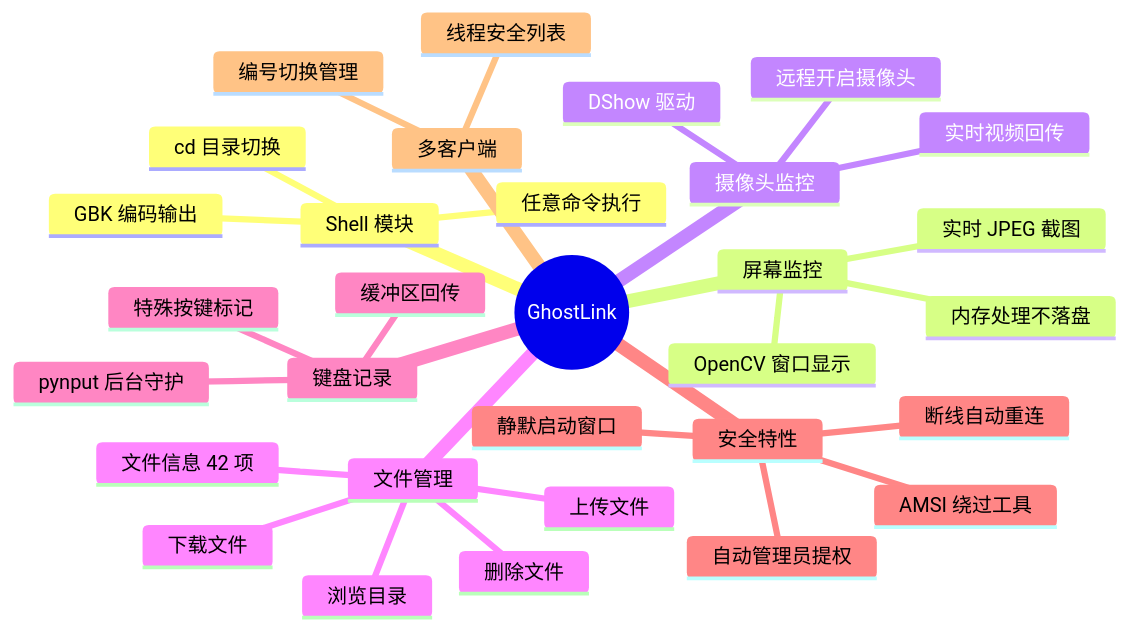
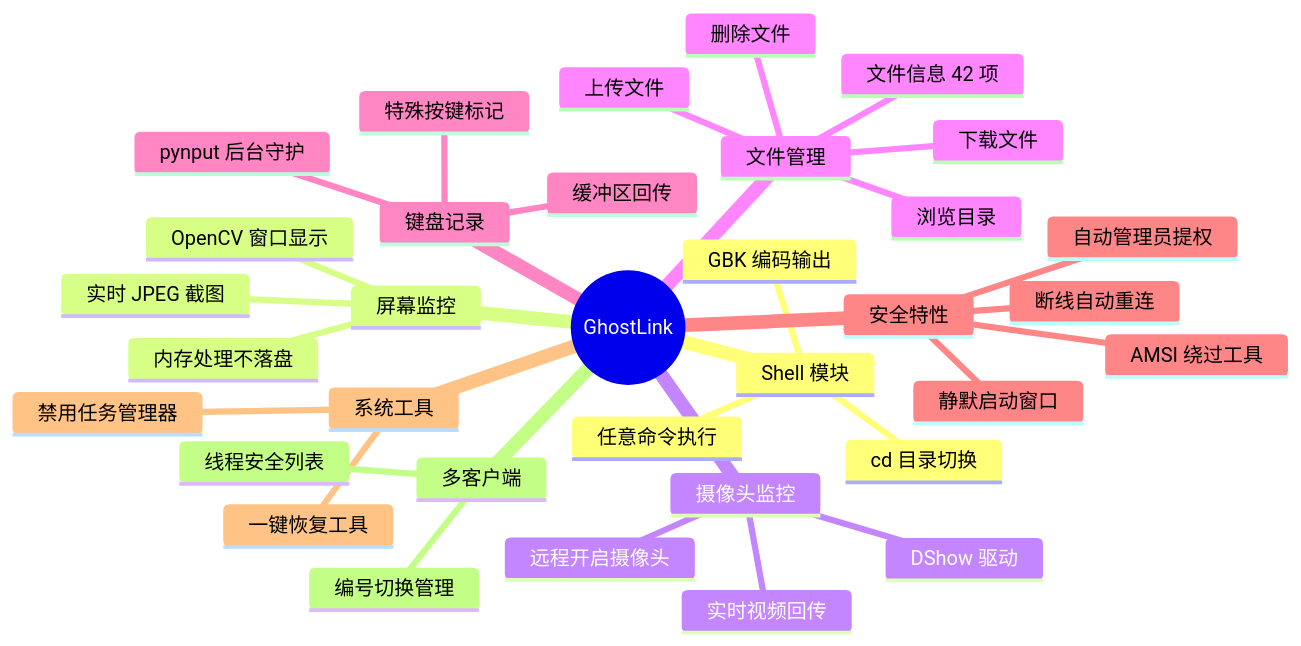
One commit to Elmhdmnh/GhostLink changed the diagram in wiki/Home.md. Above: the diagram before and after it, drawn with Mermaid. The commit also changed other lines of this file and 5 other files, not shown here.

````diff
--- a/wiki/Home.md
+++ b/wiki/Home.md
@@ -25,34 +25,37 @@
 ```mermaid
 mindmap
   root((GhostLink))
     Shell 模块
       任意命令执行
       cd 目录切换
       GBK 编码输出
     屏幕监控
       实时 JPEG 截图
       内存处理不落盘
       OpenCV 窗口显示
     摄像头监控
       远程开启摄像头
       DShow 驱动
       实时视频回传
     文件管理
       浏览目录
       下载文件
       上传文件
       删除文件
       文件信息 42 项
     键盘记录
       pynput 后台守护
       特殊按键标记
       缓冲区回传
     安全特性
       自动管理员提权
       静默启动窗口
       断线自动重连
       AMSI 绕过工具
+    系统工具
+      禁用任务管理器
+      一键恢复工具
     多客户端
       线程安全列表
       编号切换管理
 ```
````
